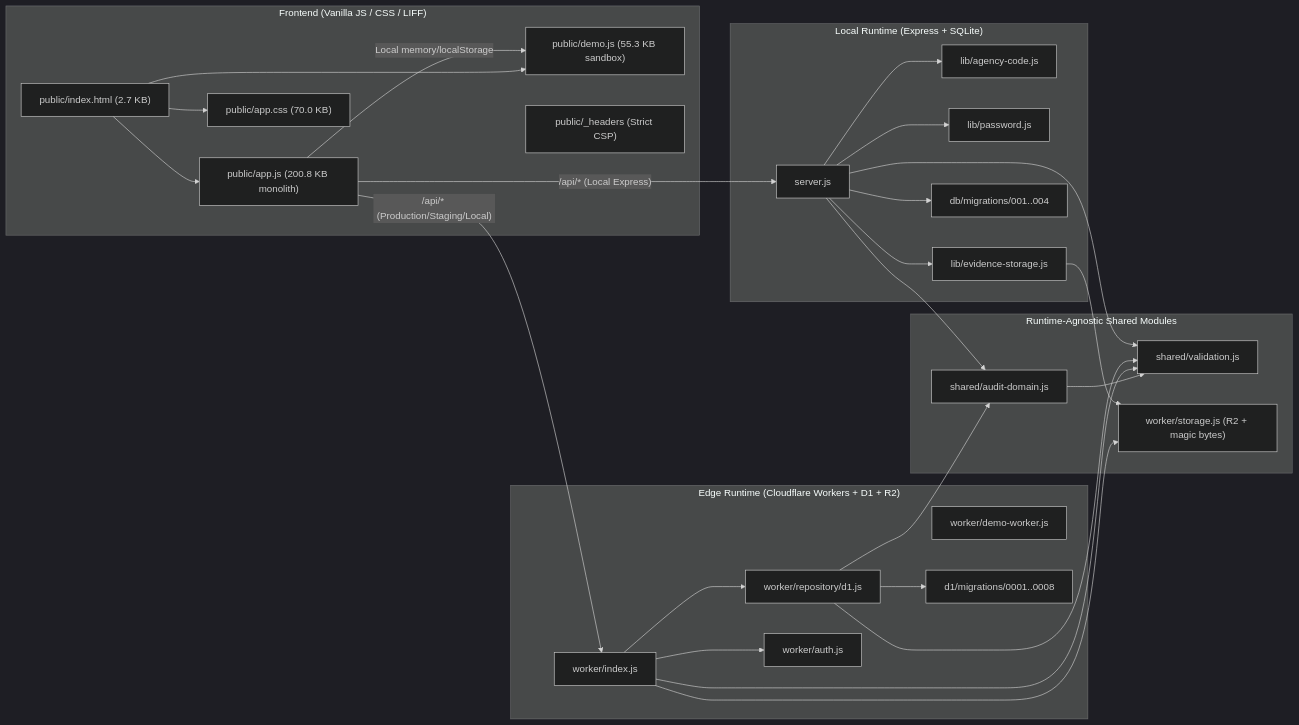
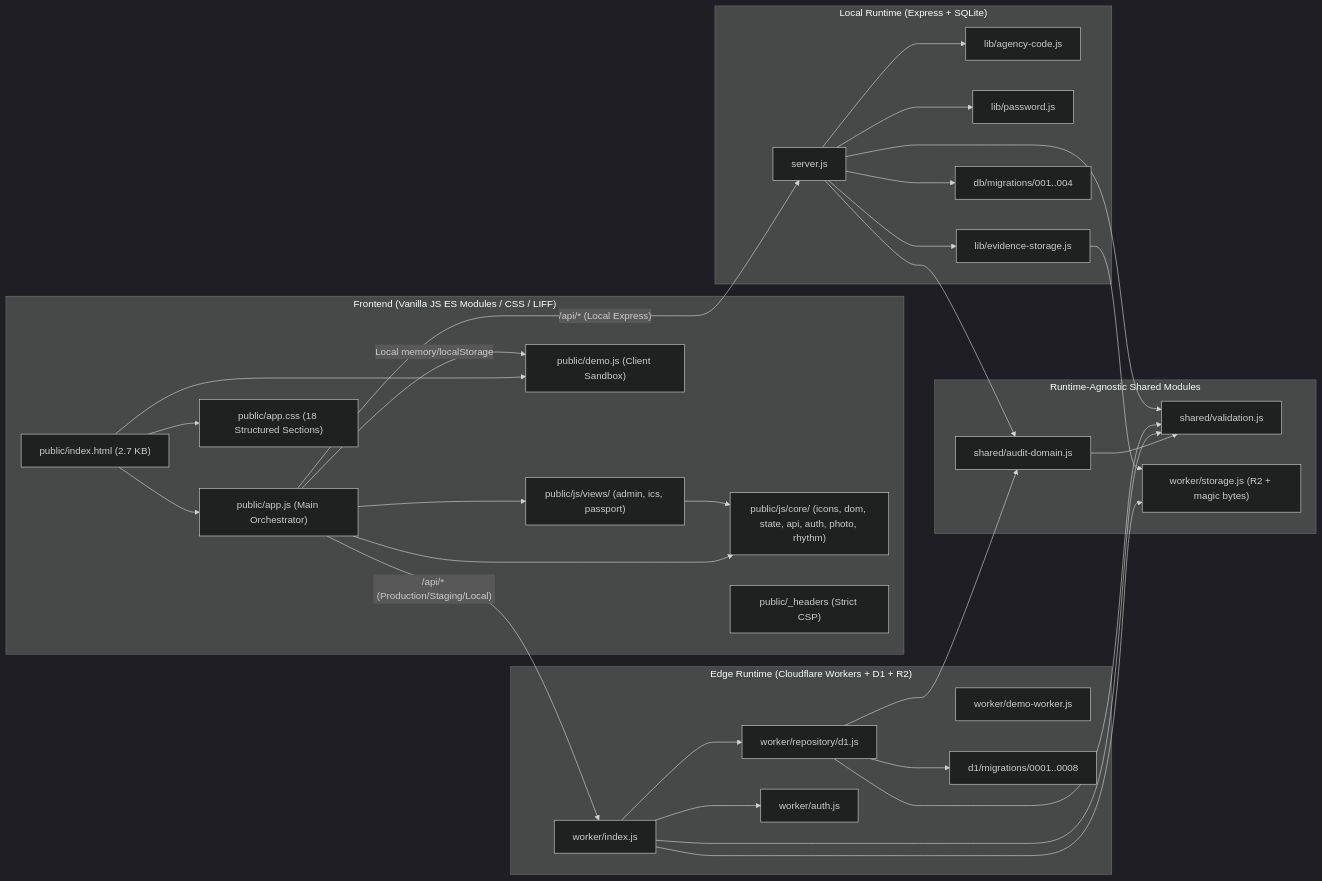
The diagram in docs/ARCHITECTURE.md (kkaewkamma/PakMaii), drawn with Mermaid (dark theme) before and after one commit. The commit also changed other lines of this file and 10 other files, not shown here.

First line of the commit message:
test(e2e): introduce Playwright critical workflow tests and organize CSS sections

````diff
--- a/docs/ARCHITECTURE.md
+++ b/docs/ARCHITECTURE.md
@@ -9,54 +9,59 @@
 ```mermaid
 flowchart LR
-  subgraph Client["Frontend (Vanilla JS / CSS / LIFF)"]
+  subgraph Client["Frontend (Vanilla JS ES Modules / CSS / LIFF)"]
     HTML["public/index.html (2.7 KB)"]
-    APP["public/app.js (200.8 KB monolith)"]
-    CSS["public/app.css (70.0 KB)"]
-    DEMO["public/demo.js (55.3 KB sandbox)"]
+    APP["public/app.js (Main Orchestrator)"]
+    CORE["public/js/core/ (icons, dom, state, api, auth, photo, rhythm)"]
+    VIEWS["public/js/views/ (admin, ics, passport)"]
+    CSS["public/app.css (18 Structured Sections)"]
+    DEMO["public/demo.js (Client Sandbox)"]
     HDR["public/_headers (Strict CSP)"]
     HTML --> APP
     HTML --> CSS
     HTML --> DEMO
+    APP --> CORE
+    APP --> VIEWS
+    VIEWS --> CORE
   end
 
   subgraph Shared["Runtime-Agnostic Shared Modules"]
     SVAL["shared/validation.js"]
     SAUD["shared/audit-domain.js"]
     WSTO["worker/storage.js (R2 + magic bytes)"]
     SAUD --> SVAL
   end
 
   subgraph WorkerRuntime["Edge Runtime (Cloudflare Workers + D1 + R2)"]
     WIDX["worker/index.js"]
     WD1["worker/repository/d1.js"]
     WAUTH["worker/auth.js"]
     WDEMO["worker/demo-worker.js"]
     D1SQL["d1/migrations/0001..0008"]
     WIDX --> WD1
     WIDX --> WAUTH
     WIDX --> WSTO
     WIDX --> SVAL
     WD1 --> SVAL
     WD1 --> SAUD
     WD1 --> D1SQL
   end
 
   subgraph NodeRuntime["Local Runtime (Express + SQLite)"]
     SRV["server.js"]
     LAGC["lib/agency-code.js"]
     LPWD["lib/password.js"]
     LEVD["lib/evidence-storage.js"]
     SQLMIG["db/migrations/001..004"]
     SRV --> LAGC
     SRV --> LPWD
     SRV --> LEVD
     SRV --> SVAL
     SRV --> SAUD
     SRV --> SQLMIG
     LEVD --> WSTO
   end
 
   APP -->|"/api/* (Production/Staging/Local)"| WIDX
   APP -->|"/api/* (Local Express)"| SRV
   APP -->|"Local memory/localStorage"| DEMO
 ```
````
